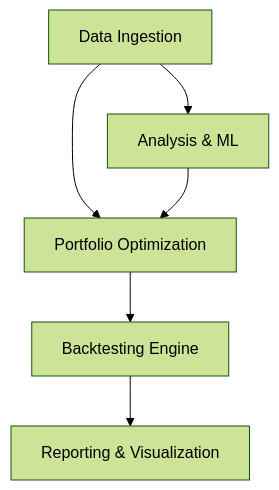
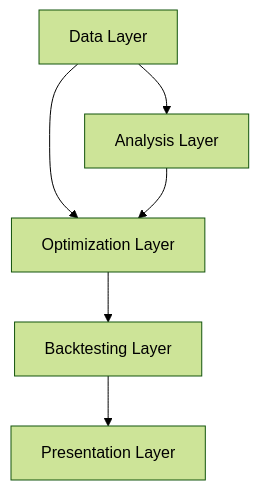
Before and after one commit to shreejitverma/Dynamic-Portfolio-Optimization: the diagram in docs/ARCHITECTURE.md, drawn with Mermaid (forest theme). The commit also changed other lines of this file and 3 other files, not shown here.

Commit message:
docs: [documentation] update README and docs to reflect refactored architecture

````diff
--- a/docs/ARCHITECTURE.md
+++ b/docs/ARCHITECTURE.md
@@ -6,8 +6,8 @@
 ```mermaid
 graph TD
-    A[Data Ingestion] --> B[Analysis & ML];
-    A --> C[Portfolio Optimization];
-    B --> C;
-    C --> D[Backtesting Engine];
-    D --> E[Reporting & Visualization];
+    Data[Data Layer] --> Analysis[Analysis Layer]
+    Data --> Opt[Optimization Layer]
+    Analysis --> Opt
+    Opt --> BT[Backtesting Layer]
+    BT --> Viz[Presentation Layer]
 ```
````
